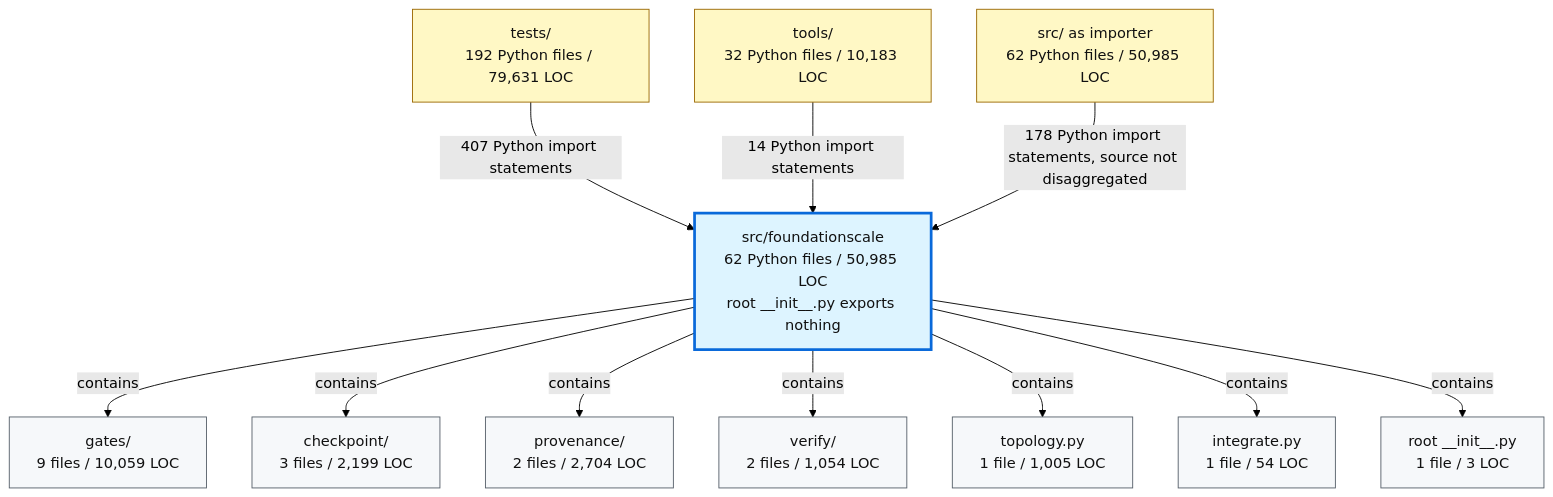
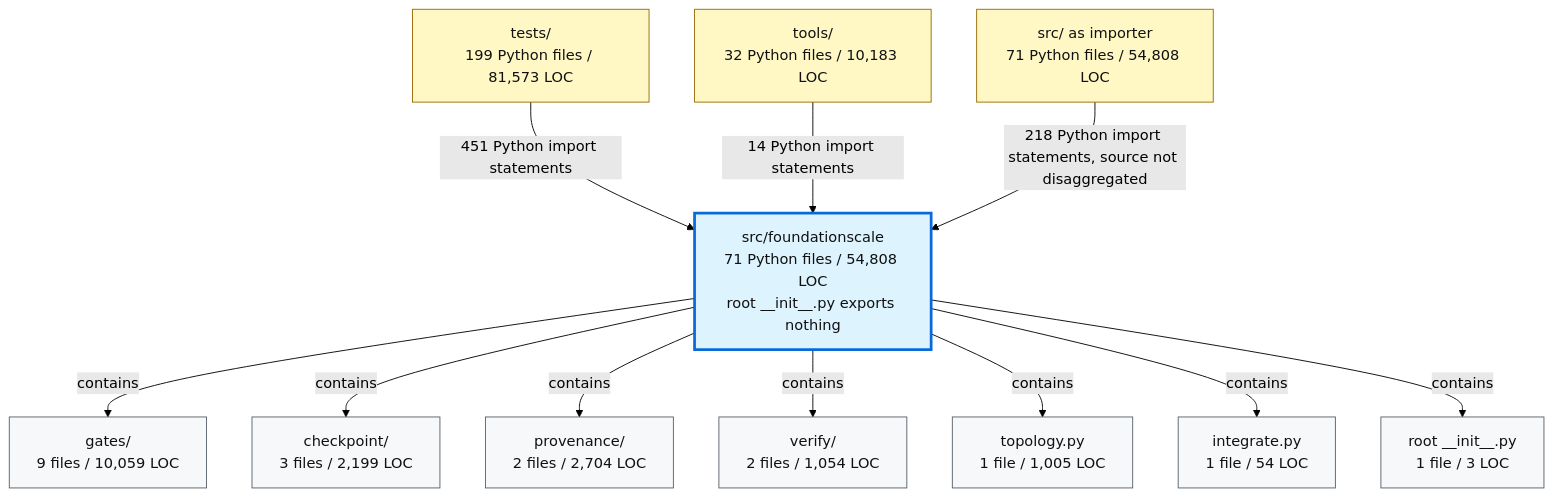
The second of 2 diagrams in docs/review/D2_current_architecture.md (TranNhiem/FoundationScale), drawn with Mermaid (forest theme) before and after one commit. The commit also changed other lines of this file and 10 other files, not shown here.

````diff
--- a/docs/review/D2_current_architecture.md
+++ b/docs/review/D2_current_architecture.md
@@ -97,36 +97,36 @@
 ```mermaid
 flowchart TB
-  TESTS["tests/<br/>192 Python files / 79,631 LOC"]
+  TESTS["tests/<br/>199 Python files / 81,573 LOC"]
   TOOLS["tools/<br/>32 Python files / 10,183 LOC"]
-  SRC["src/ as importer<br/>62 Python files / 50,985 LOC"]
+  SRC["src/ as importer<br/>71 Python files / 54,808 LOC"]
 
-  FS["src/foundationscale<br/>62 Python files / 50,985 LOC<br/>root __init__.py exports nothing"]
+  FS["src/foundationscale<br/>71 Python files / 54,808 LOC<br/>root __init__.py exports nothing"]
 
   GATES["gates/<br/>9 files / 10,059 LOC"]
   CKPT["checkpoint/<br/>3 files / 2,199 LOC"]
   PROV["provenance/<br/>2 files / 2,704 LOC"]
   VERIFY["verify/<br/>2 files / 1,054 LOC"]
   TOPO["topology.py<br/>1 file / 1,005 LOC"]
   INTEG["integrate.py<br/>1 file / 54 LOC"]
   ROOT["root __init__.py<br/>1 file / 3 LOC"]
 
-  TESTS -->|"407 Python import statements"| FS
+  TESTS -->|"451 Python import statements"| FS
   TOOLS -->|"14 Python import statements"| FS
-  SRC -->|"178 Python import statements, source not disaggregated"| FS
+  SRC -->|"218 Python import statements, source not disaggregated"| FS
 
   FS -->|"contains"| GATES
   FS -->|"contains"| CKPT
   FS -->|"contains"| PROV
   FS -->|"contains"| VERIFY
   FS -->|"contains"| TOPO
   FS -->|"contains"| INTEG
   FS -->|"contains"| ROOT
 
   classDef consumer fill:#fff8c5,stroke:#9a6700,color:#111;
   classDef package fill:#ddf4ff,stroke:#0969da,stroke-width:3px,color:#111;
   classDef module fill:#f6f8fa,stroke:#57606a,color:#111;
 
   class TESTS,TOOLS,SRC consumer;
   class FS package;
   class GATES,CKPT,PROV,VERIFY,TOPO,INTEG,ROOT module;
 ```
````
